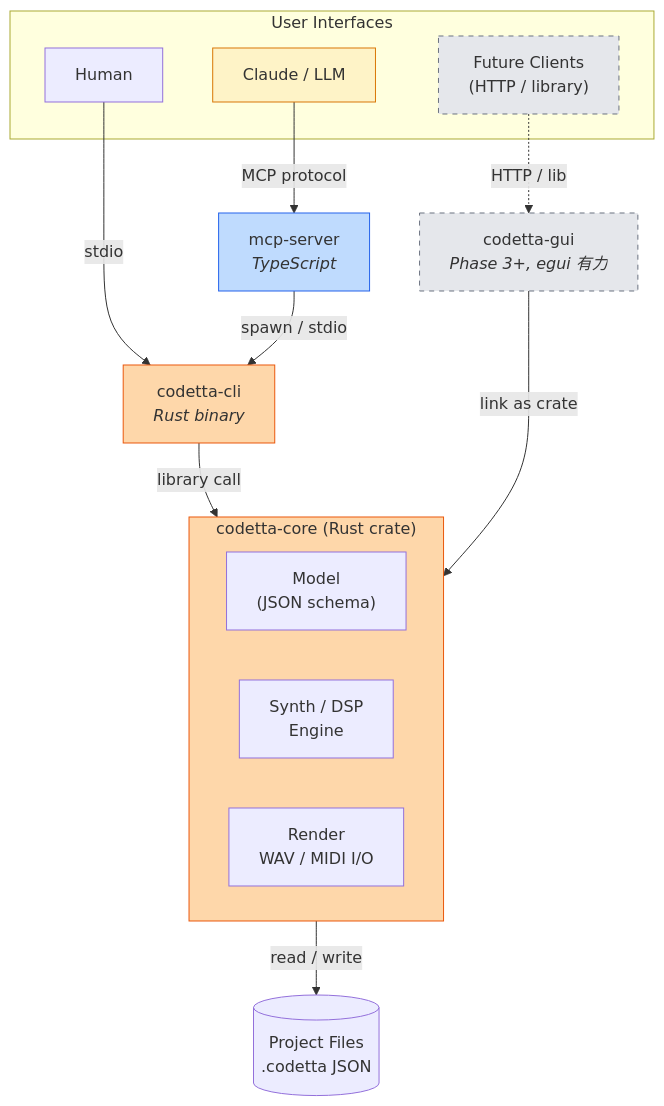
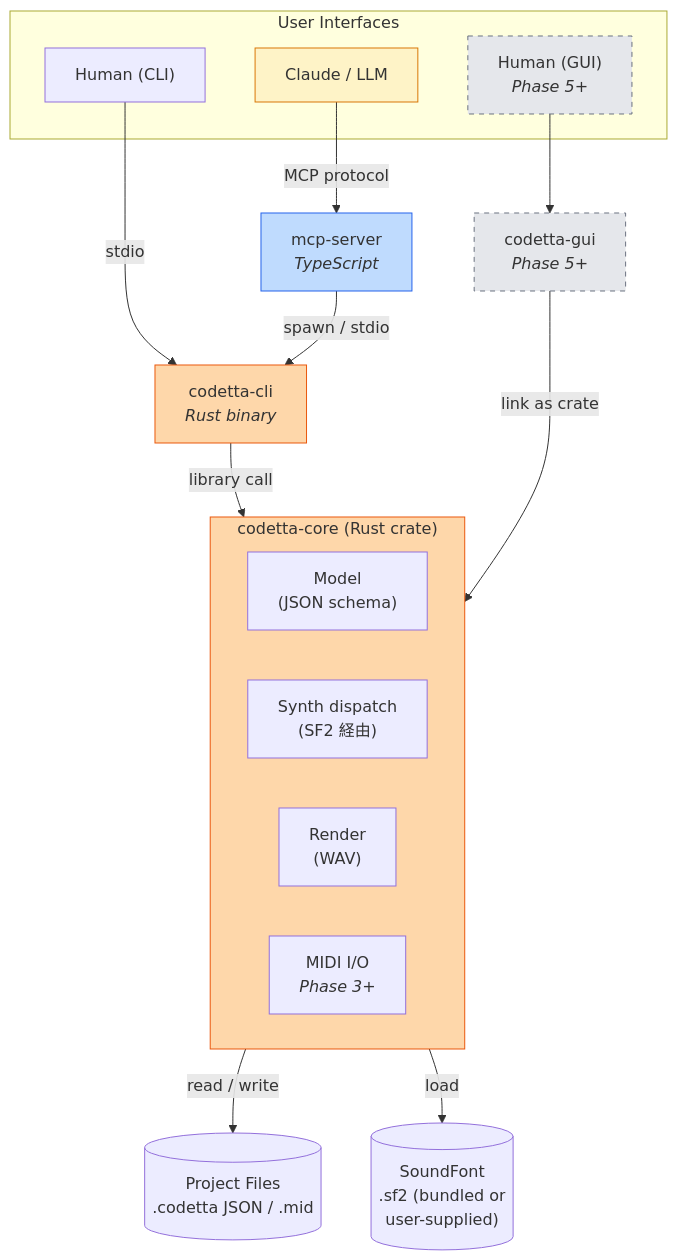
Before and after one commit to krtw00/codetta: the first of 8 diagrams in docs/design/01-architecture.md, drawn with Mermaid. The commit also changed other lines of this file and 2 other files, not shown here.

First line of the commit message:
docs: vision と architecture を外部 SF2 + MIDI 方向で書き直し

````diff
--- a/docs/design/01-architecture.md
+++ b/docs/design/01-architecture.md
@@ -9,34 +10,36 @@
 ```mermaid
 flowchart TD
     subgraph UI["User Interfaces"]
         Claude["Claude / LLM"]
-        Human["Human"]
-        Future["Future Clients<br/>(HTTP / library)"]
+        Human["Human (CLI)"]
+        HumanG["Human (GUI)<br/><i>Phase 5+</i>"]
     end
 
     Claude -->|MCP protocol| MCP["mcp-server<br/><i>TypeScript</i>"]
     Human -->|stdio| CLI["codetta-cli<br/><i>Rust binary</i>"]
-    Future -.->|HTTP / lib| GUI["codetta-gui<br/><i>Phase 3+, egui 有力</i>"]
+    HumanG --> GUI["codetta-gui<br/><i>Phase 5+</i>"]
 
     MCP -->|spawn / stdio| CLI
     CLI -->|library call| Core
     GUI -->|link as crate| Core
 
     subgraph Core["codetta-core (Rust crate)"]
         direction LR
         Model["Model<br/>(JSON schema)"]
-        Synth["Synth / DSP<br/>Engine"]
-        Render["Render<br/>WAV / MIDI I/O"]
+        Synth["Synth dispatch<br/>(SF2 経由)"]
+        Render["Render<br/>(WAV)"]
+        Midi["MIDI I/O<br/><i>Phase 3+</i>"]
     end
 
-    Core -->|read / write| Files[("Project Files<br/>.codetta JSON")]
+    Core -->|read / write| Files[("Project Files<br/>.codetta JSON / .mid")]
+    Core -->|load| SF2[("SoundFont<br/>.sf2 (bundled or<br/>user-supplied)")]
 
     classDef llm fill:#fef3c7,stroke:#d97706
     classDef rust fill:#fed7aa,stroke:#ea580c
     classDef ts fill:#bfdbfe,stroke:#2563eb
-    classDef phase3 fill:#e5e7eb,stroke:#6b7280,stroke-dasharray:5
+    classDef phase5 fill:#e5e7eb,stroke:#6b7280,stroke-dasharray:5
     class Claude llm
     class CLI,Core rust
     class MCP ts
-    class GUI,Future phase3
+    class GUI,HumanG phase5
 ```
````
